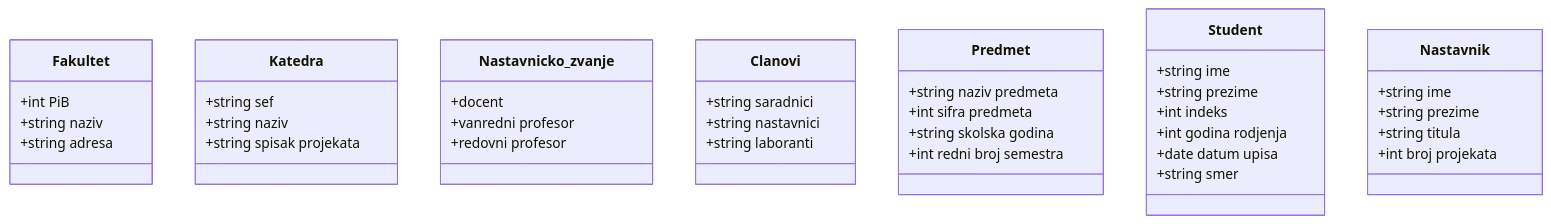
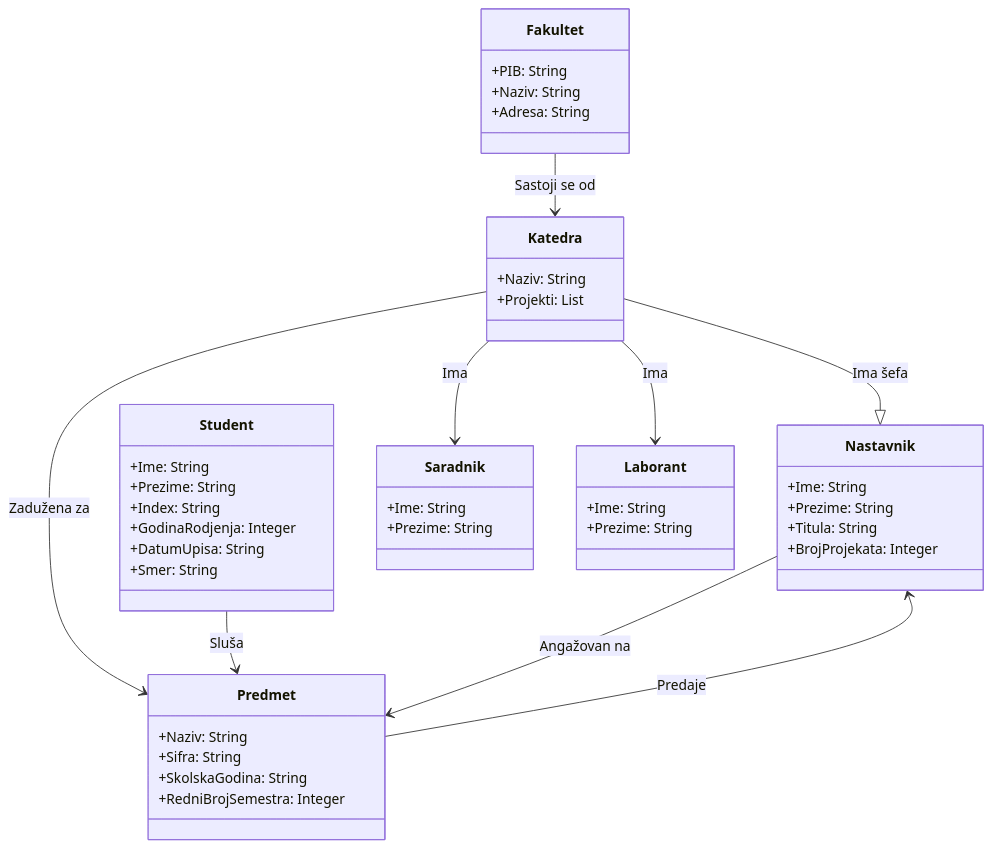
The diagram in oopj/UML/januar 2025/resenje.md (lazarevicOgnjen/II-godina), drawn with Mermaid before and after one commit.

````diff
--- a/oopj/UML/januar 2025/resenje.md
+++ b/oopj/UML/januar 2025/resenje.md
@@ -1,52 +1,55 @@
 ```mermaid
-
 classDiagram
-
-class Fakultet {
-+int PiB
-+string naziv
-+string adresa
-}
-
-class Katedra{
-+string sef
-+string naziv
-+string spisak projekata
-}
-
-class Nastavnicko_zvanje{
-+docent
-+vanredni profesor
-+redovni profesor
-}
-
-class Clanovi{
-+string saradnici
-+string nastavnici
-+string laboranti
-}
-
-class Predmet{
-+string naziv predmeta
-+int sifra predmeta
-+string skolska godina
-+int redni broj semestra
-}
-
-class Student{
-+string ime
-+string prezime
-+int indeks
-+int godina rodjenja
-+date datum upisa
-+string smer
-}
-
-class Nastavnik{
-+string ime
-+string prezime
-+string titula
-+int broj projekata
-}
-
+    class Fakultet {
+        +PIB: String
+        +Naziv: String
+        +Adresa: String
+    }
+    
+    class Katedra {
+        +Naziv: String
+        +Projekti: List<String>
+    }
+    
+    class Predmet {
+        +Naziv: String
+        +Sifra: String
+        +SkolskaGodina: String
+        +RedniBrojSemestra: Integer
+    }
+    
+    class Student {
+        +Ime: String
+        +Prezime: String
+        +Index: String
+        +GodinaRodjenja: Integer
+        +DatumUpisa: String
+        +Smer: String
+    }
+    
+    class Nastavnik {
+        +Ime: String
+        +Prezime: String
+        +Titula: String
+        +BrojProjekata: Integer
+    }
+    
+    class Saradnik {
+        +Ime: String
+        +Prezime: String
+    }
+    
+    class Laborant {
+        +Ime: String
+        +Prezime: String
+    }
+    
+    Fakultet --> Katedra : Sastoji se od
+    Katedra --|> Nastavnik : Ima šefa
+    Katedra --> Saradnik : Ima
+    Katedra --> Laborant : Ima
+    Katedra --> Predmet : Zadužena za
+    Predmet --> Nastavnik : Predaje
+    Student --> Predmet : Sluša
+    Nastavnik --> Predmet : Angažovan na
 ```
````
